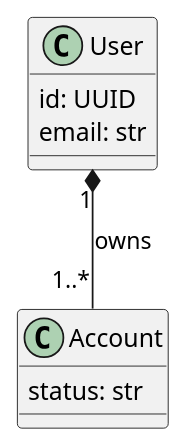
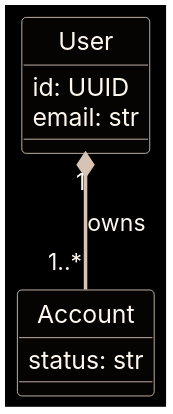
One commit to Omegapy/plantuml-ai-skill changed the second of 8 diagrams in .agents/skills/plantuml-diagram/references/examples.md. Above: the diagram before and after it, drawn with PlantUML. The commit also changed other lines of this file and 25 other files, not shown here.

Commit message:
Harden AEther PlantUML render palette

````diff
--- a/.agents/skills/plantuml-diagram/references/examples.md
+++ b/.agents/skills/plantuml-diagram/references/examples.md
@@ -19,12 +40,27 @@
 ```plantuml
 @startuml
+skinparam backgroundColor #000000
+skinparam shadowing false
+skinparam defaultFontName Inter
+skinparam defaultFontColor #fff8ef
+skinparam ArrowColor #d6c3b4
+skinparam ArrowFontColor #fff8ef
+skinparam ArrowHeadColor #d6c3b4
+skinparam ArrowThickness 2
+skinparam DefaultTextAlignment center
+skinparam ClassBackgroundColor #050403
+skinparam ClassBorderColor #d6c3b4
+skinparam ClassFontColor #fff8ef
+hide circle
+skinparam ClassAttributeFontColor #fff8ef
+skinparam ClassStereotypeFontColor #fff8ef
 class User {
   id: UUID
   email: str
 }
 class Account {
   status: str
 }
 User "1" *-- "1..*" Account : owns
 @enduml
 ```
````
